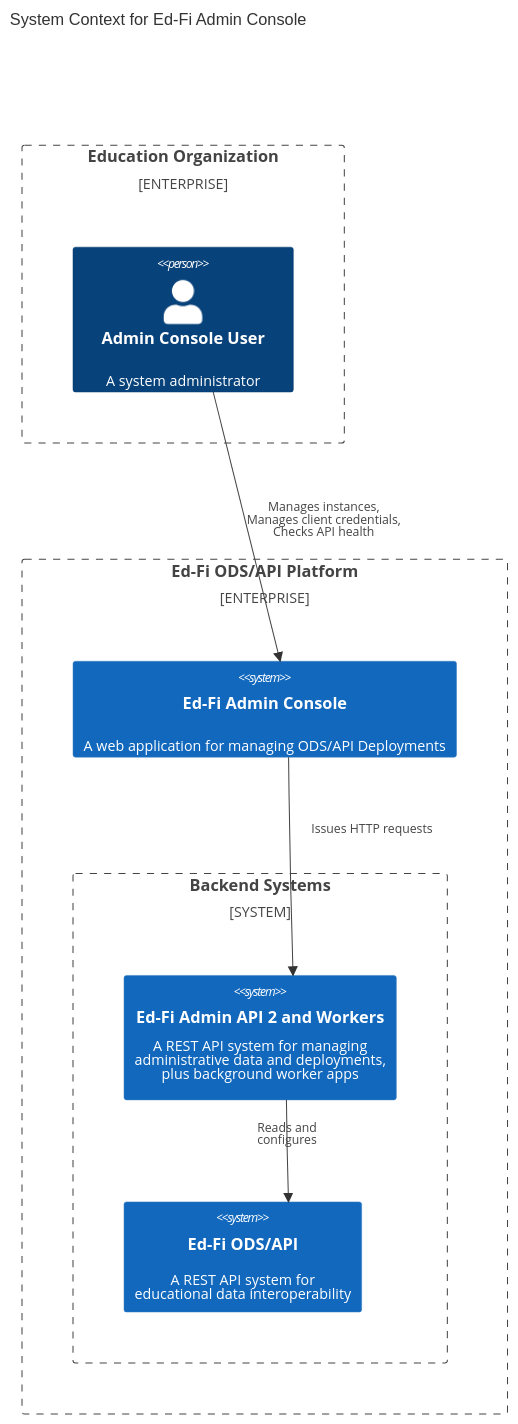
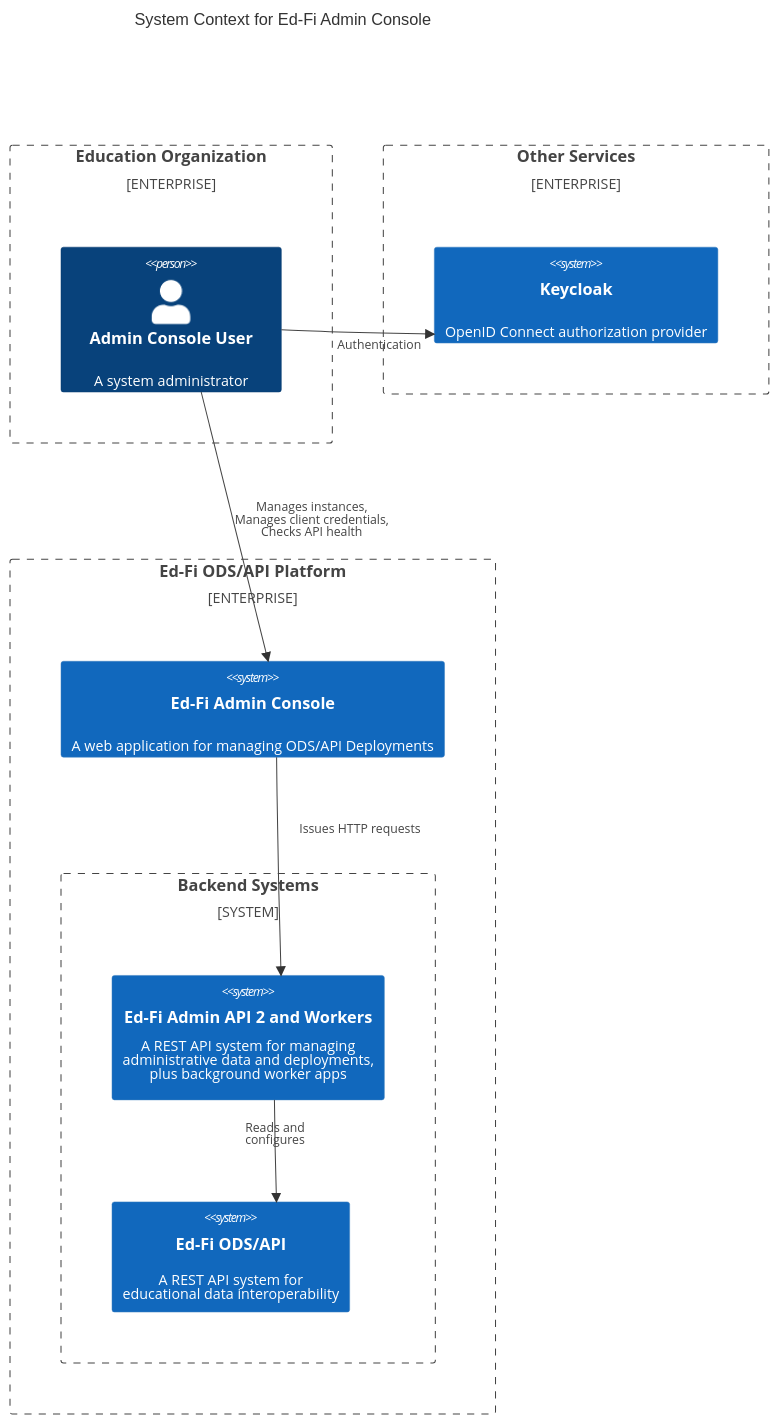
Before and after one commit to Ed-Fi-Alliance-OSS/AdminAPI-2.x: the first of 2 diagrams in docs/design/adminconsole/readme.md, drawn with Mermaid. The commit also changed other lines of this file, not shown here.

Commit message:
Add keycloak to diagram

````diff
--- a/docs/design/adminconsole/readme.md
+++ b/docs/design/adminconsole/readme.md
@@ -29,28 +29,36 @@
 ```mermaid
 C4Context
     title System Context for Ed-Fi Admin Console
 
     Enterprise_Boundary(edorg, "Education Organization") {
         Person(User, "Admin Console User", "A system administrator")
     }
 
+    Enterprise_Boundary(other, "Other Services") {
+        System(Keycloak, "Keycloak", "OpenID Connect authorization provider")
+    }
+
     Enterprise_Boundary(edfi, "Ed-Fi ODS/API Platform") {
         System(AdminConsole, "Ed-Fi Admin Console", "A web application for managing ODS/API Deployments")
+
 
         System_Boundary(backend, "Backend Systems") {
             System(AdminAPI, "Ed-Fi Admin API 2 and Workers", "A REST API system for managing<br />administrative data and deployments,<br />plus background worker apps")
             System(OdsApi, "Ed-Fi ODS/API", "A REST API system for<br />educational data interoperability")
         }
     }
 
     Rel(User, AdminConsole, "Manages instances,<br/>Manages client credentials,<br/>Checks API health")
     UpdateRelStyle(User, AdminConsole, $offsetX="0", $offsetY="-10")
 
     Rel(AdminConsole, AdminAPI, "Issues HTTP requests")
     UpdateRelStyle(AdminConsole, AdminAPI, $offsetY="-40", $offsetX="20")
 
     Rel(AdminAPI, OdsApi, "Reads and<br />configures")
     UpdateRelStyle(AdminAPI, OdsApi, $offsetY="-20", $offsetX="-30")
 
-    UpdateLayoutConfig($c4ShapeInRow="2", $c4BoundaryInRow="1")
+    Rel(User, Keycloak, "Authentication")
+    UpdateRelStyle(User, Keycloak, $offsetX="-20", $offsetY="10")
+
+    UpdateLayoutConfig($c4ShapeInRow="2", $c4BoundaryInRow="2")
 ```
````
